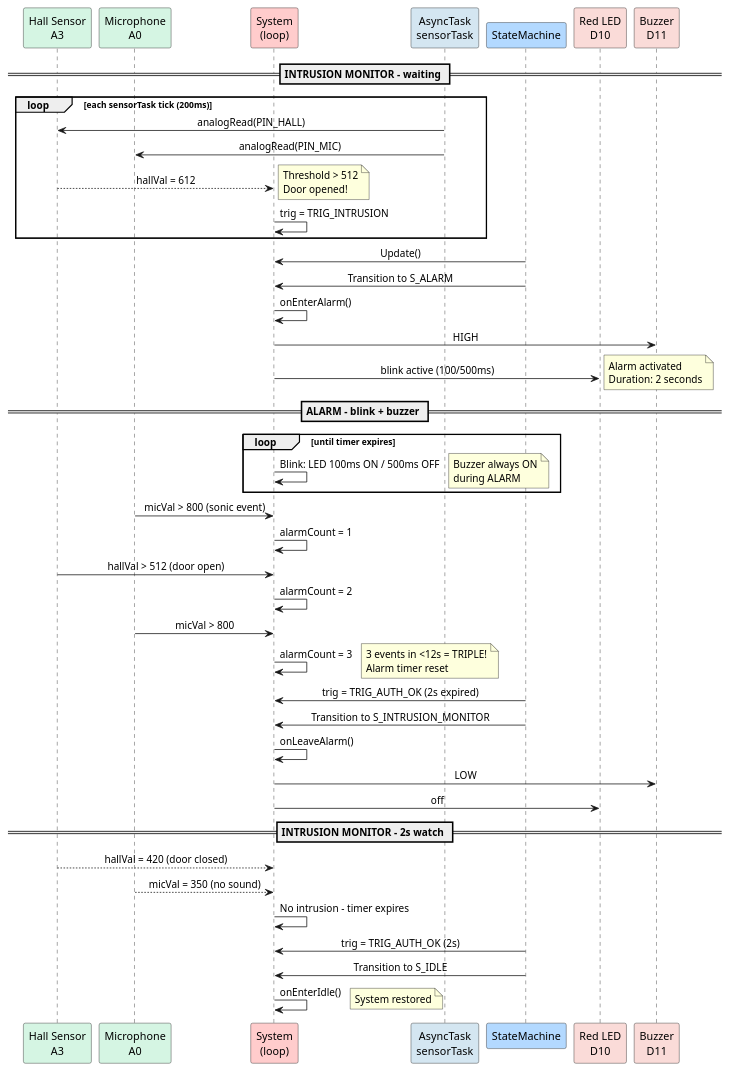
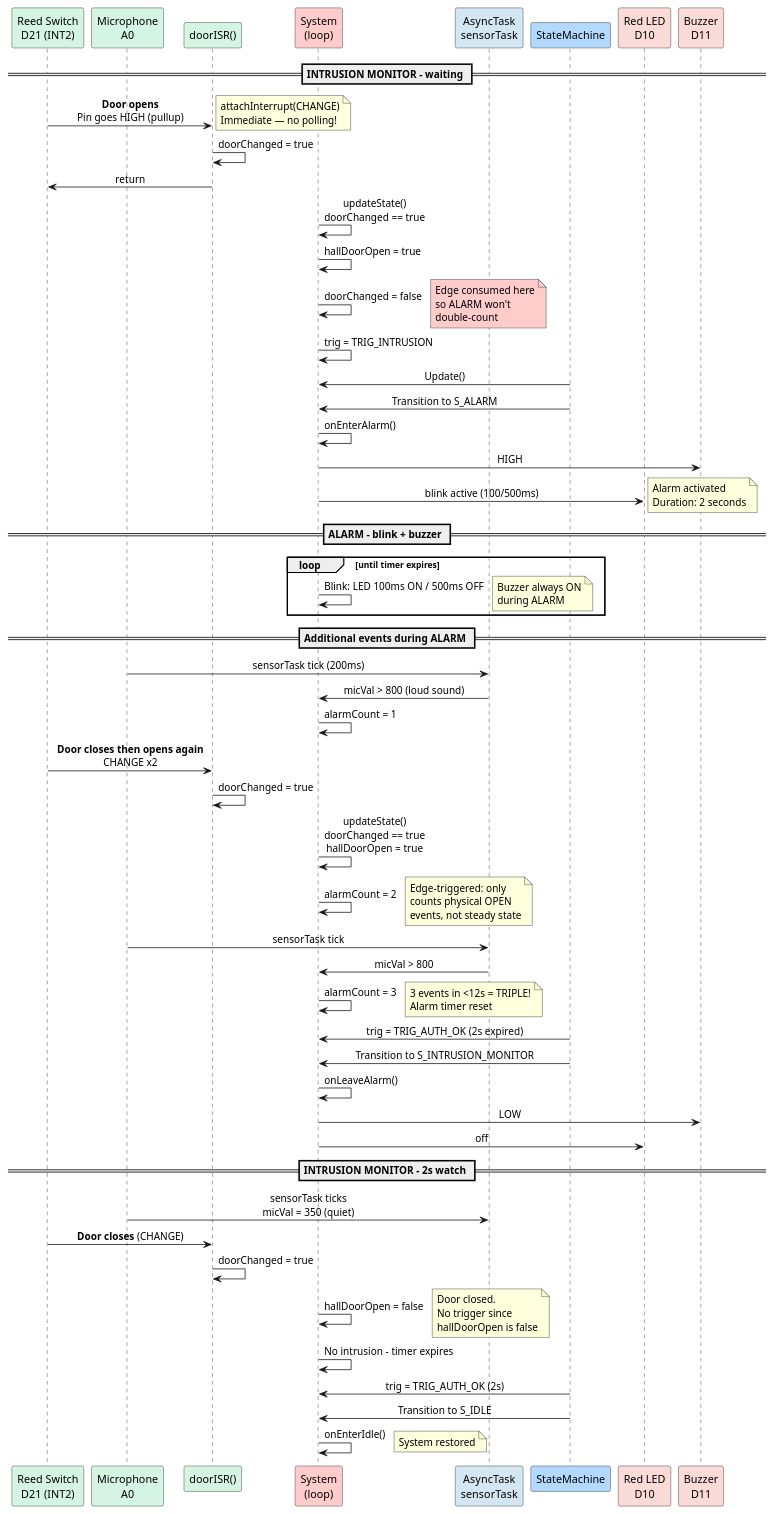
The diagram in docs/UML/sequence-alarm.puml (FernandoMulato/Final-Arduino-Project), drawn with PlantUML before and after one commit. The commit also changed 9 other files, not shown here.

First line of the commit message:
feat(door): implement interrupt-driven door detection on D21 (INT2)

```diff
--- a/docs/UML/sequence-alarm.puml
+++ b/docs/UML/sequence-alarm.puml
@@ -1,67 +1,83 @@
 @startuml IntrusionAlarm
 ' ====================================================================
-' Sequence diagram - Intrusion and alarm
-' Hall sensor -> ALARM (2s, 100/500ms) -> MONITOR_INTRUSOS -> IDLE
+' Sequence diagram - Intrusion and alarm (interrupt-driven)
+' Reed switch on D21 -> ISR triggers -> ALARM (2s, 100/500ms)
+' -> INTRUSION_MONITOR -> IDLE
 ' ====================================================================
 
 skinparam backgroundColor white
 skinparam defaultFontName SansSerif
 skinparam sequenceMessageAlign center
 
-participant "Hall Sensor\nA3" as HALL #D5F5E3
+participant "Reed Switch\nD21 (INT2)" as REED #D5F5E3
 participant "Microphone\nA0" as MIC #D5F5E3
+participant "doorISR()" as ISR #D5F5E3
 participant "System\n(loop)" as SYS #FFCCCC
 participant "AsyncTask\nsensorTask" as ASYNC #D4E6F1
 participant "StateMachine" as FSM #B3D9FF
 participant "Red LED\nD10" as LED #FADBD8
 participant "Buzzer\nD11" as BUZ #FADBD8
 
 == INTRUSION MONITOR - waiting ==
-note right: State S_MONITOR_INTRUSOS\nLCD: "MONITOR SEC"
+note right: State S_INTRUSION_MONITOR\nLCD: "MONITOR SEC"
 
-loop each sensorTask tick (200ms)
-  ASYNC -> HALL: analogRead(PIN_HALL)
-  ASYNC -> MIC: analogRead(PIN_MIC)
-  HALL --> SYS: hallVal = 612
-  note right: Threshold > 512\nDoor opened!
-  SYS -> SYS: trig = TRIG_INTRUSION
-end
+REED -> ISR: **Door opens**\nPin goes HIGH (pullup)
+note right: attachInterrupt(CHANGE)\nImmediate — no polling!
+ISR -> ISR: doorChanged = true
+ISR -> REED: return
+
+SYS -> SYS: updateState()\ndoorChanged == true
+SYS -> SYS: hallDoorOpen = true
+SYS -> SYS: doorChanged = false
+note right #FFCCCC: Edge consumed here\nso ALARM won't\ndouble-count
+SYS -> SYS: trig = TRIG_INTRUSION
 
 FSM -> SYS: Update()
 FSM -> SYS: Transition to S_ALARM
 SYS -> SYS: onEnterAlarm()
 SYS -> BUZ: HIGH
 SYS -> LED: blink active (100/500ms)
 note right: Alarm activated\nDuration: 2 seconds
 
 == ALARM - blink + buzzer ==
 loop until timer expires
   SYS -> SYS: Blink: LED 100ms ON / 500ms OFF
   note right: Buzzer always ON\nduring ALARM
 end
 
-MIC -> SYS: micVal > 800 (sonic event)
+== Additional events during ALARM ==
+MIC -> ASYNC: sensorTask tick (200ms)
+ASYNC -> SYS: micVal > 800 (loud sound)
 SYS -> SYS: alarmCount = 1
-HALL -> SYS: hallVal > 512 (door open)
+
+REED -> ISR: **Door closes then opens again**\nCHANGE x2
+ISR -> ISR: doorChanged = true
+SYS -> SYS: updateState()\ndoorChanged == true\nhallDoorOpen = true
 SYS -> SYS: alarmCount = 2
-MIC -> SYS: micVal > 800
+note right: Edge-triggered: only\ncounts physical OPEN\nevents, not steady state
+
+MIC -> ASYNC: sensorTask tick
+ASYNC -> SYS: micVal > 800
 SYS -> SYS: alarmCount = 3
 note right: 3 events in <12s = TRIPLE!\nAlarm timer reset
 
 FSM -> SYS: trig = TRIG_AUTH_OK (2s expired)
 FSM -> SYS: Transition to S_INTRUSION_MONITOR
 SYS -> SYS: onLeaveAlarm()
 SYS -> BUZ: LOW
 SYS -> LED: off
 
 == INTRUSION MONITOR - 2s watch ==
-HALL --> SYS: hallVal = 420 (door closed)
-MIC --> SYS: micVal = 350 (no sound)
+MIC -> ASYNC: sensorTask ticks\nmicVal = 350 (quiet)
+REED -> ISR: **Door closes** (CHANGE)
+ISR -> ISR: doorChanged = true
+SYS -> SYS: hallDoorOpen = false
+note right: Door closed.\nNo trigger since\nhallDoorOpen is false
+
 SYS -> SYS: No intrusion - timer expires
-
 FSM -> SYS: trig = TRIG_AUTH_OK (2s)
 FSM -> SYS: Transition to S_IDLE
 SYS -> SYS: onEnterIdle()
 note right: System restored
 
 @enduml
```
